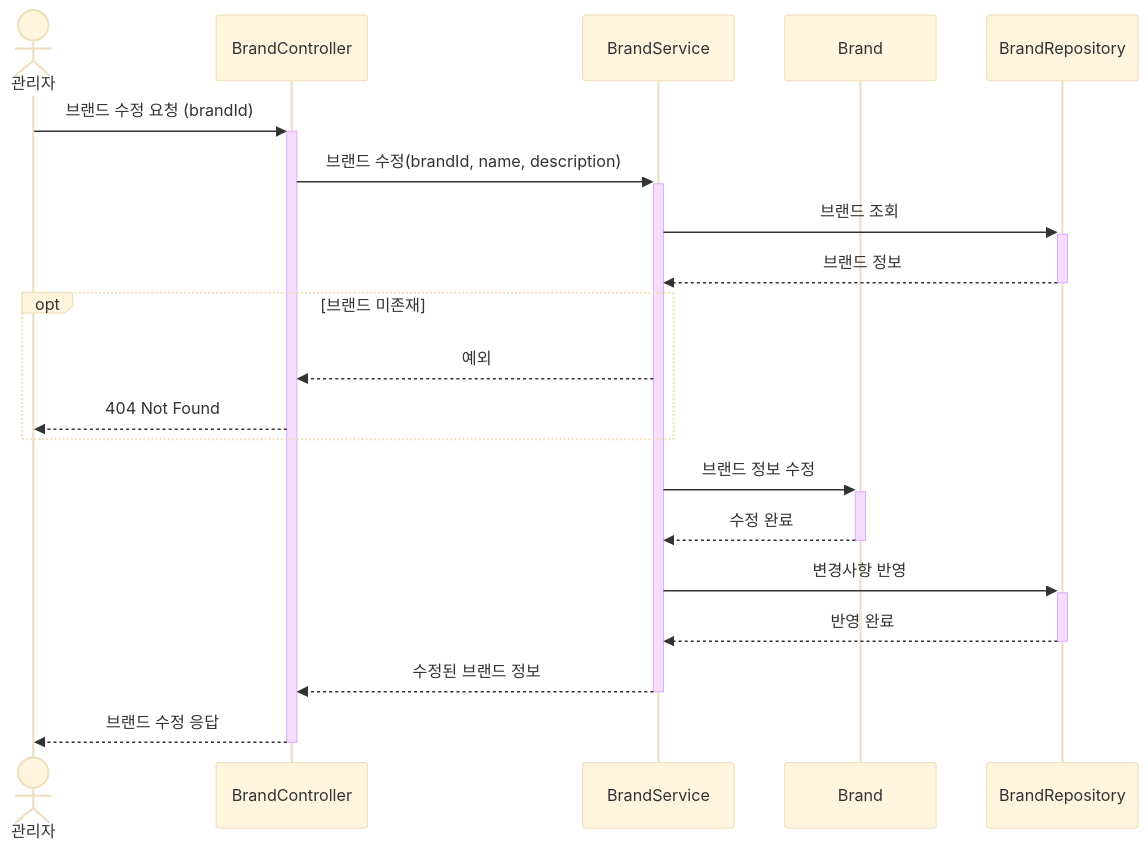
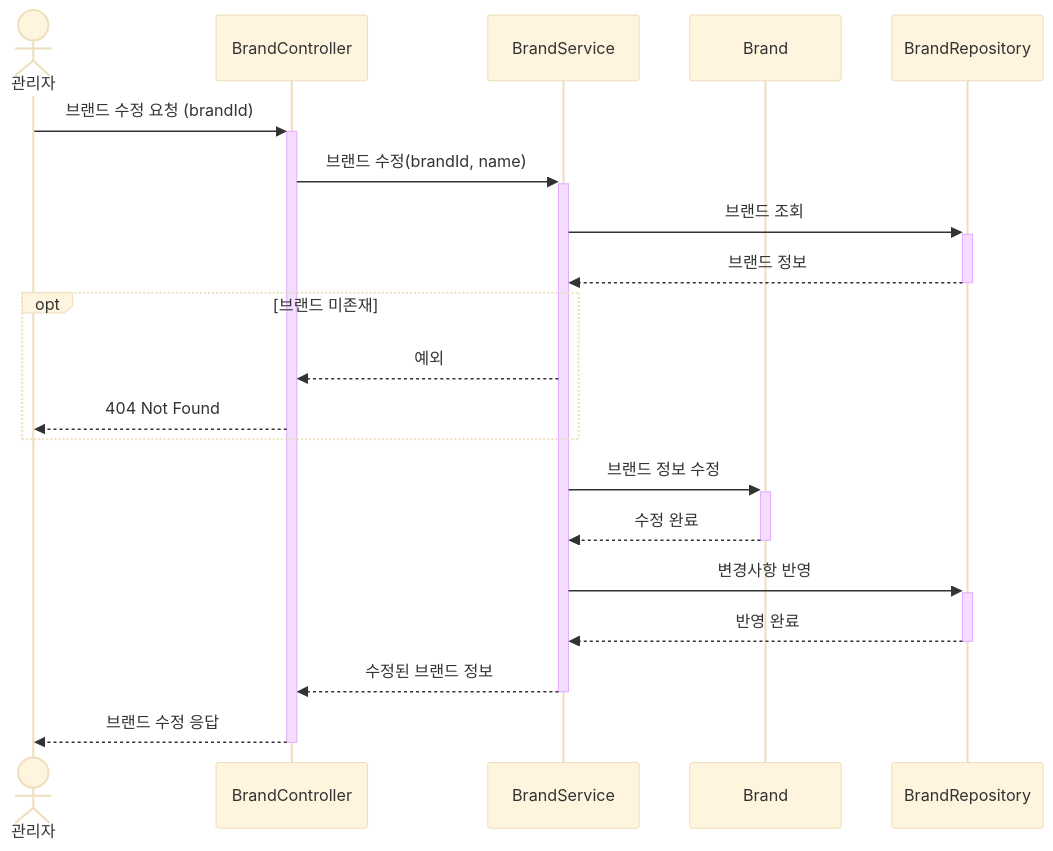
The sixth of 23 diagrams in docs/design/02-sequence-diagrams.md (kimjunyoung90/loop-pack-be-l2-vol3-java), drawn with Mermaid (base theme) before and after one commit. The commit also changed other lines of this file, not shown here.

Commit message:
docs: sequence diagram 수정

````diff
--- a/docs/design/02-sequence-diagrams.md
+++ b/docs/design/02-sequence-diagrams.md
@@ -173,25 +173,25 @@
 ```mermaid
 sequenceDiagram
     actor Admin as 관리자
     participant BC as BrandController
     participant BS as BrandService
     participant B as Brand
     participant BR as BrandRepository
 
     Admin->>+BC: 브랜드 수정 요청 (brandId)
-    BC->>+BS: 브랜드 수정(brandId, name, description)
+    BC->>+BS: 브랜드 수정(brandId, name)
     BS->>+BR: 브랜드 조회
     BR-->>-BS: 브랜드 정보
 
     opt 브랜드 미존재
         BS-->>BC: 예외
         BC-->>Admin: 404 Not Found
     end
 
     BS->>+B: 브랜드 정보 수정
     B-->>-BS: 수정 완료
     BS->>+BR: 변경사항 반영
     BR-->>-BS: 반영 완료
     BS-->>-BC: 수정된 브랜드 정보
     BC-->>-Admin: 브랜드 수정 응답
 ```
````
